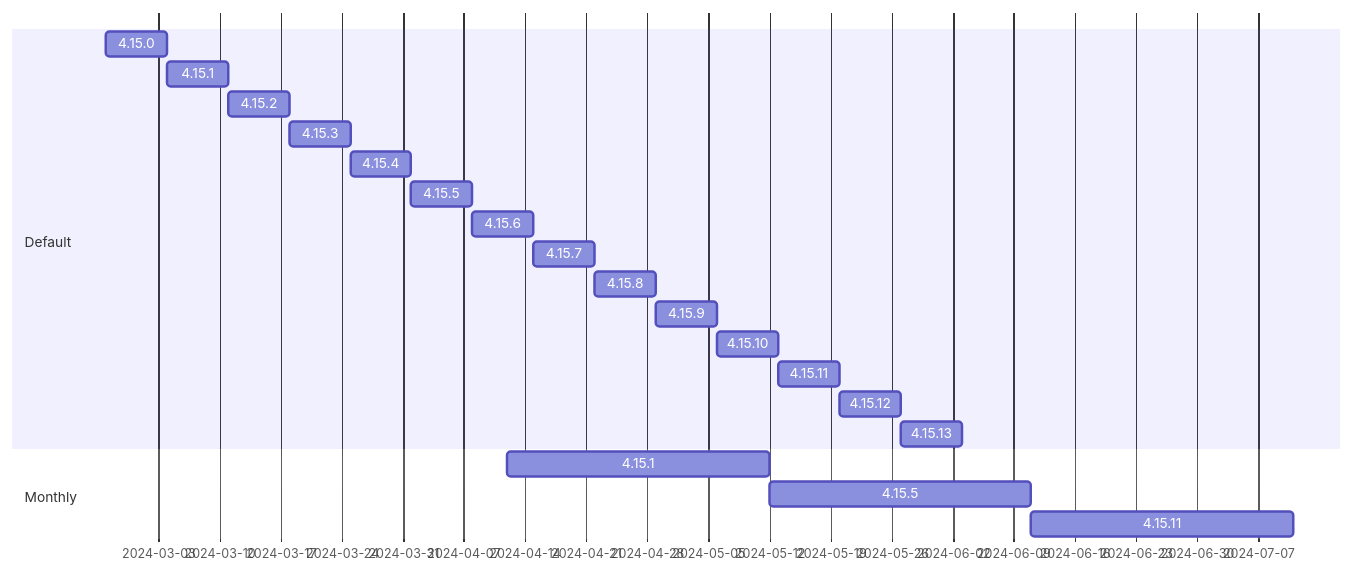
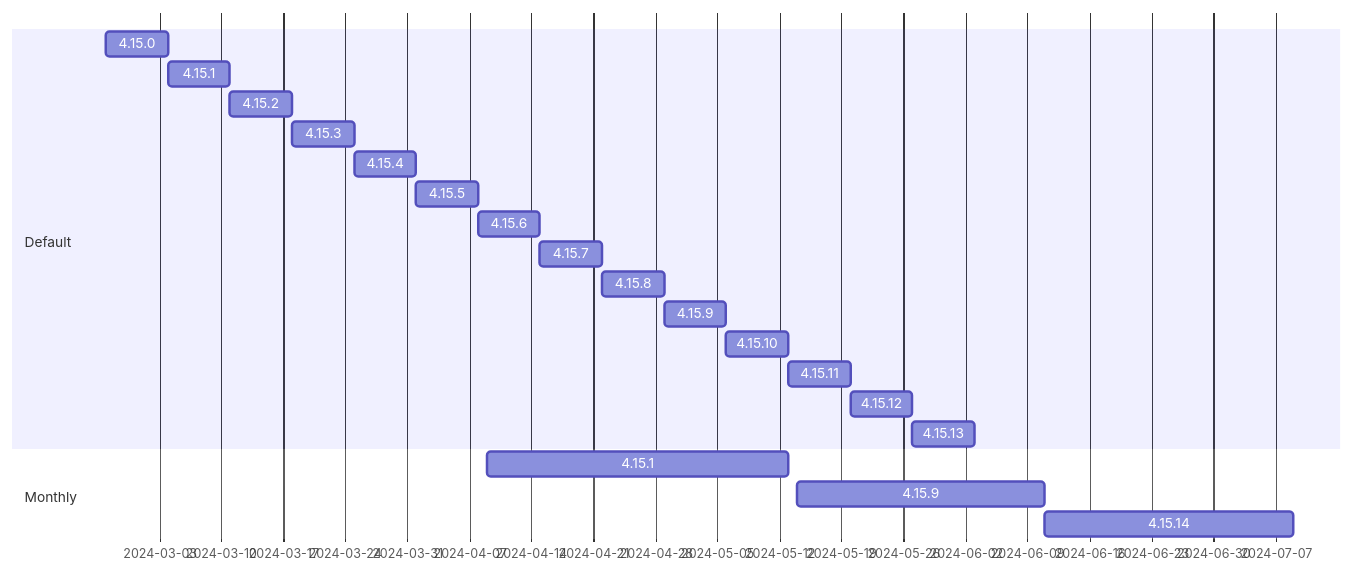
One commit to sdodson/cincinnati-graph-data changed the second of 3 diagrams in policies.md. Above: the diagram before and after it, drawn with Mermaid. The commit also changed other lines of this file, not shown here.

````diff
--- a/policies.md
+++ b/policies.md
@@ -67,23 +67,23 @@
 ```mermaid
 gantt
     dateFormat  YYYY-MM-DD
     Section Default
     4.15.0  :d41500, 2024-02-26,7d
     4.15.1  :d41501, after d41500, 7d
     4.15.2  :d41502, after d41501, 7d
     4.15.3  :d41503, after d41502, 7d
     4.15.4  :d41504, after d41503, 7d
     4.15.5  :d41505, after d41504, 7d
     4.15.6  :d41506, after d41505, 7d
     4.15.7  :d41507, after d41506, 7d
     4.15.8  :d41508, after d41507, 7d
     4.15.9  :d41509, after d41508, 7d
     4.15.10 :d41510, after d41509, 7d
     4.15.11 :d41511, after d41510, 7d
     4.15.12 :d41512, after d41511, 7d
     4.15.13 :d41513, after d41512, 7d
     Section Monthly
-    4.15.1 :m41501, 2024-04-12, 30d
-    4.15.5 :m41505, after m41501, 30d
-    4.15.11 :m41511, after m41505, 30d
+    4.15.1  :m41501, 2024-04-09,2024-05-13
+    4.15.9  :m41509, 2024-05-14,2024-06-11
+    4.15.14 :m41514, 2024-06-11,2024-07-09
 ```
````
